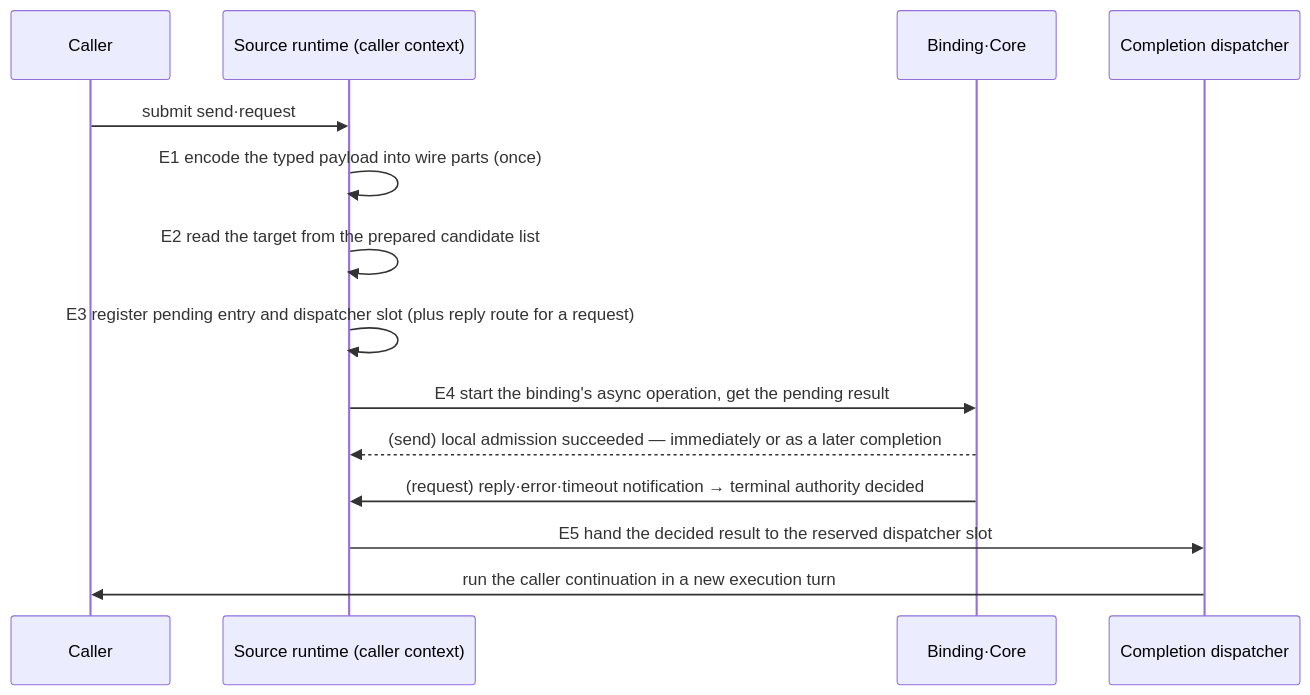
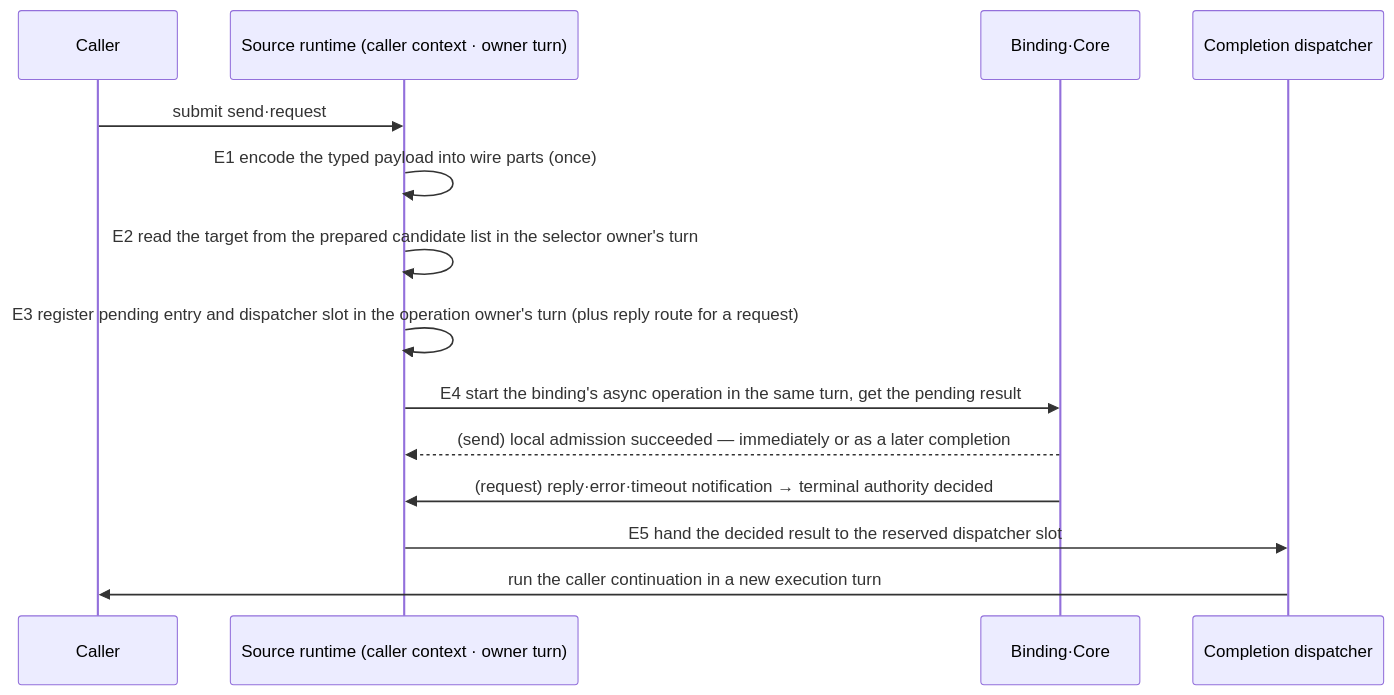
Before and after one commit to zlink-systems/zlink: the first of 2 diagrams in framework/doc/framework/common/spec/server/01-execution/08-messaging-hot-path.en.md, drawn with Mermaid. The commit also changed other lines of this file and 1 other file, not shown here.

First line of the commit message:
spec(framework): messaging hot path — 3차 리뷰 잔여 7건 반영(E2·E3 필수 소유 turn 허용, 언어별 표 사실 정정, I0·합격선 확정 상태, permit·admission 설명, 진단 이력 제거)

````diff
--- a/framework/doc/framework/common/spec/server/01-execution/08-messaging-hot-path.en.md
+++ b/framework/doc/framework/common/spec/server/01-execution/08-messaging-hot-path.en.md
@@ -79,17 +80,17 @@
 ```mermaid
 sequenceDiagram
     participant C as Caller
-    participant R as Source runtime (caller context)
+    participant R as Source runtime (caller context · owner turn)
     participant B as Binding·Core
     participant D as Completion dispatcher
 
     C->>R: submit send·request
     R->>R: E1 encode the typed payload into wire parts (once)
-    R->>R: E2 read the target from the prepared candidate list
-    R->>R: E3 register pending entry and dispatcher slot (plus reply route for a request)
-    R->>B: E4 start the binding's async operation, get the pending result
+    R->>R: E2 read the target from the prepared candidate list in the selector owner's turn
+    R->>R: E3 register pending entry and dispatcher slot in the operation owner's turn (plus reply route for a request)
+    R->>B: E4 start the binding's async operation in the same turn, get the pending result
     B-->>R: (send) local admission succeeded — immediately or as a later completion
     B->>R: (request) reply·error·timeout notification → terminal authority decided
     R->>D: E5 hand the decided result to the reserved dispatcher slot
     D->>C: run the caller continuation in a new execution turn
 ```
````
